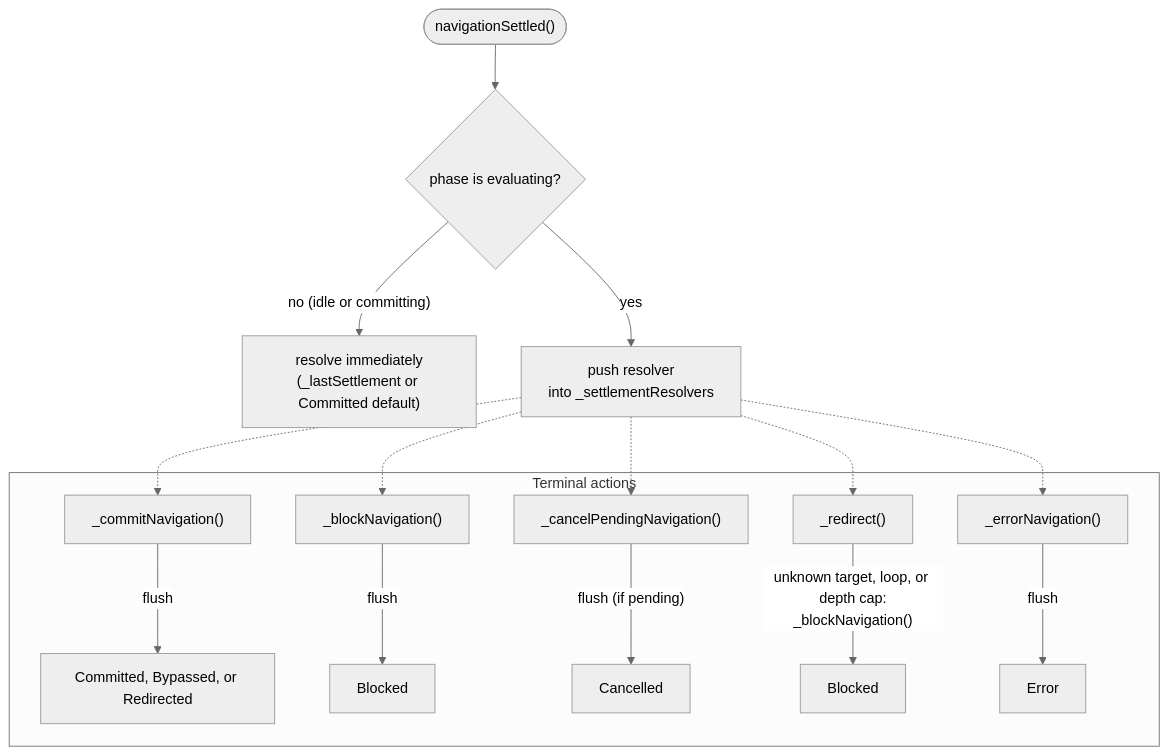
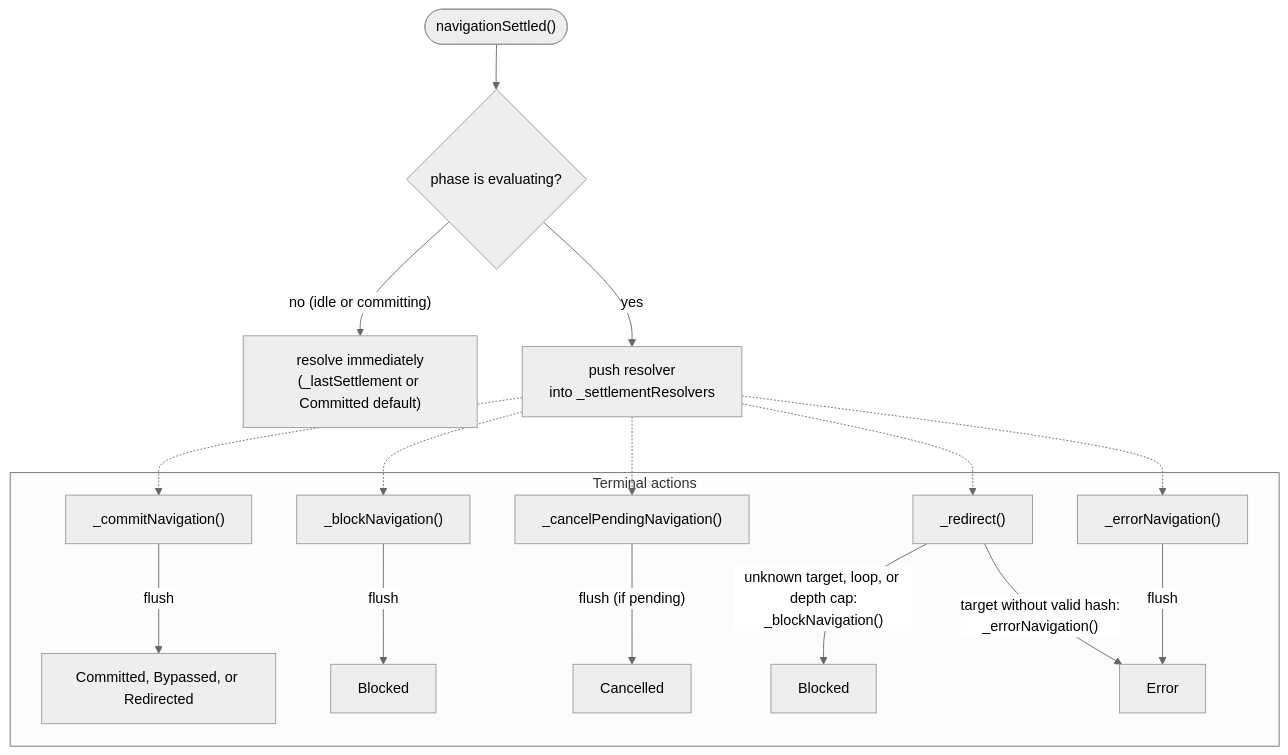
One commit to wridgeu/ui5-lib-guard-router changed the fourth of 4 diagrams in docs/reference/architecture.md. Above: the diagram before and after it, drawn with Mermaid (neutral theme). The commit also changed other lines of this file and 18 other files, not shown here.

````diff
--- a/docs/reference/architecture.md
+++ b/docs/reference/architecture.md
@@ -473,20 +519,21 @@
 ```mermaid
 flowchart TD
     call(["navigationSettled()"]) --> pending{phase is evaluating?}
     pending -- "no (idle or committing)" --> immediate["resolve immediately<br/>(_lastSettlement or Committed default)"]
     pending -- "yes" --> push["push resolver<br/>into _settlementResolvers"]
 
     subgraph "Terminal actions"
         commit["_commitNavigation()"] -- "flush" --> fcommit["Committed, Bypassed, or Redirected"]
         block["_blockNavigation()"] -- "flush" --> fblock["Blocked"]
         cancel["_cancelPendingNavigation()"] -- "flush (if pending)" --> fcancel["Cancelled"]
         redirect["_redirect()"] -- "unknown target, loop, or depth cap:<br/>_blockNavigation()" --> fredirect["Blocked"]
         errornav["_errorNavigation()"] -- "flush" --> ferror["Error"]
+        redirect -- "target without valid hash:<br/>_errorNavigation()" --> ferror
     end
 
     push -.-> commit
     push -.-> block
     push -.-> cancel
     push -.-> redirect
     push -.-> errornav
 ```
````
